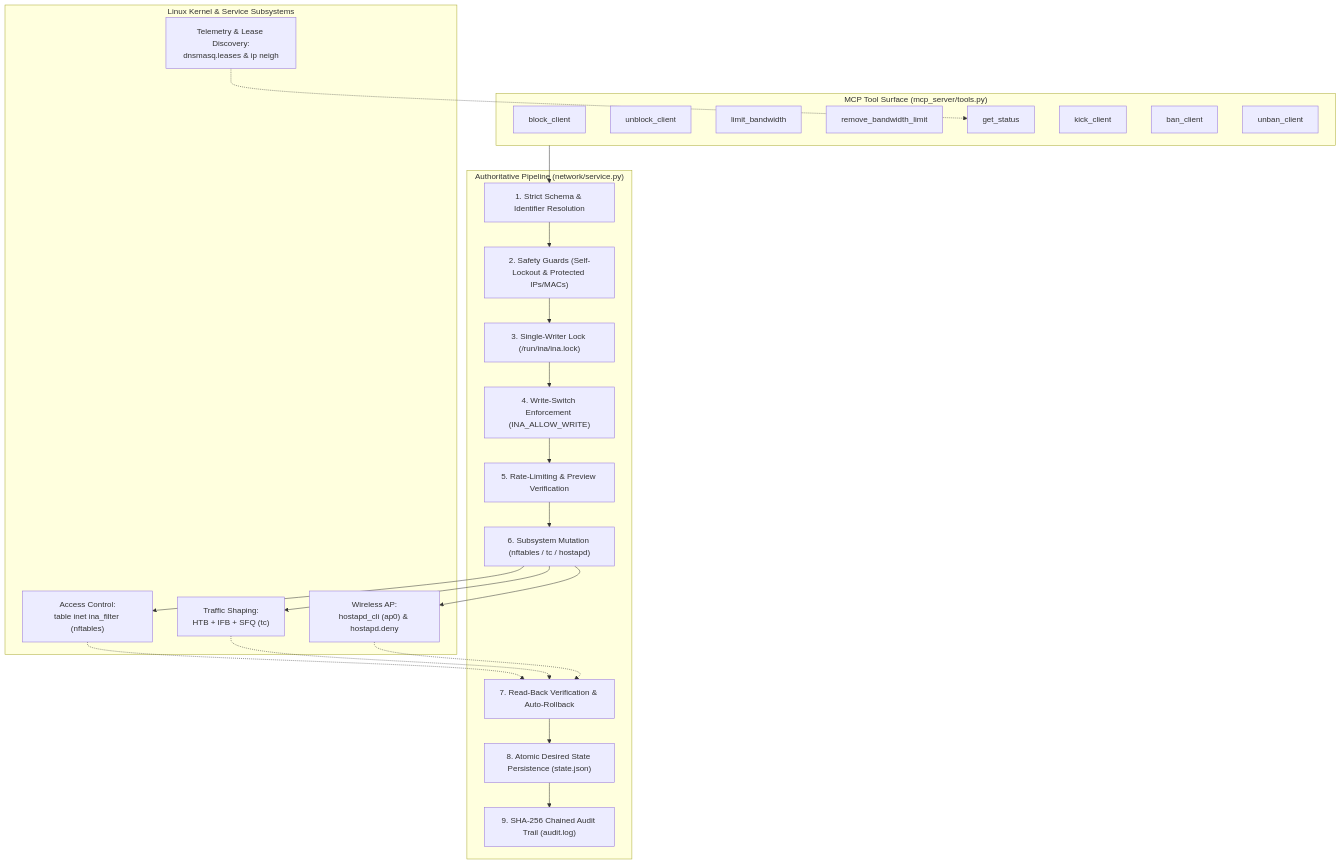
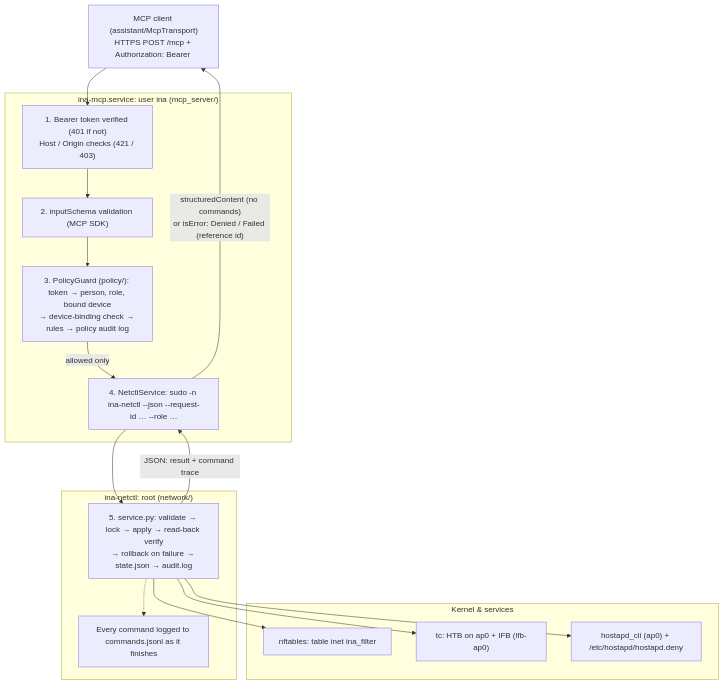
One commit to vedantb7/CS331-T009-IntelligentNetworkAssistant changed the diagram in docs/tools.md. Above: the diagram before and after it, drawn with Mermaid. The commit also changed other lines of this file and 18 other files, not shown here.

````diff
--- a/docs/tools.md
+++ b/docs/tools.md
@@ -13,48 +13,29 @@
 ```mermaid
 flowchart TD
-    subgraph ToolSurface ["MCP Tool Surface (mcp_server/tools.py)"]
-        T1["block_client"]
-        T2["unblock_client"]
-        T3["limit_bandwidth"]
-        T4["remove_bandwidth_limit"]
-        T5["get_status"]
-        T6["kick_client"]
-        T7["ban_client"]
-        T8["unban_client"]
+    Client["MCP client (assistant/McpTransport)\nHTTPS POST /mcp + Authorization: Bearer <role token>"]
+
+    subgraph Server ["ina-mcp.service: user ina (mcp_server/)"]
+        Auth["1. Bearer token verified (401 if not)\nHost / Origin checks (421 / 403)"]
+        Schema["2. inputSchema validation (MCP SDK)"]
+        Guard["3. PolicyGuard (policy/): token → person, role, bound device\n→ device-binding check → rules → policy audit log"]
+        Netctl["4. NetctlService: sudo -n ina-netctl --json --request-id … --role …"]
     end
 
-    subgraph ServicePipeline ["Authoritative Pipeline (network/service.py)"]
-        Val["1. Strict Schema & Identifier Resolution"]
-        Guard["2. Safety Guards (Self-Lockout & Protected IPs/MACs)"]
-        Lock["3. Single-Writer Lock (/run/ina/ina.lock)"]
-        Switch["4. Write-Switch Enforcement (INA_ALLOW_WRITE)"]
-        Rate["5. Rate-Limiting & Preview Verification"]
-        Mutate["6. Subsystem Mutation (nftables / tc / hostapd)"]
-        Verify["7. Read-Back Verification & Auto-Rollback"]
-        State["8. Atomic Desired State Persistence (state.json)"]
-        Audit["9. SHA-256 Chained Audit Trail (audit.log)"]
+    subgraph Root ["ina-netctl: root (network/)"]
+        Pipe["5. service.py: validate → lock → apply → read-back verify\n→ rollback on failure → state.json → audit.log"]
+        Cmd["Every command logged to commands.jsonl as it finishes"]
     end
 
-    subgraph Subsystems ["Linux Kernel & Service Subsystems"]
-        NFT["Access Control:\ntable inet ina_filter (nftables)"]
-        TC["Traffic Shaping:\nHTB + IFB + SFQ (tc)"]
-        WIFI["Wireless AP:\nhostapd_cli (ap0) & hostapd.deny"]
-        TELE["Telemetry & Lease Discovery:\ndnsmasq.leases & ip neigh"]
+    subgraph Subsystems ["Kernel & services"]
+        NFT["nftables: table inet ina_filter"]
+        TC["tc: HTB on ap0 + IFB (ifb-ap0)"]
+        WIFI["hostapd_cli (ap0) + /etc/hostapd/hostapd.deny"]
     end
 
-    ToolSurface --> Val
-    Val --> Guard
-    Guard --> Lock
-    Lock --> Switch
-    Switch --> Rate
-    Rate --> Mutate
-    Mutate --> NFT
-    Mutate --> TC
-    Mutate --> WIFI
-    NFT -.-> Verify
-    TC -.-> Verify
-    WIFI -.-> Verify
-    Verify --> State
-    State --> Audit
-    TELE -.-> T5
+    Client --> Auth --> Schema --> Guard
+    Guard -- "allowed only" --> Netctl --> Pipe
+    Pipe --> NFT & TC & WIFI
+    Pipe -.-> Cmd
+    Pipe -- "JSON: result + command trace" --> Netctl
+    Netctl -- "structuredContent (no commands)\nor isError: Denied / Failed (reference id)" --> Client
 ```
````
